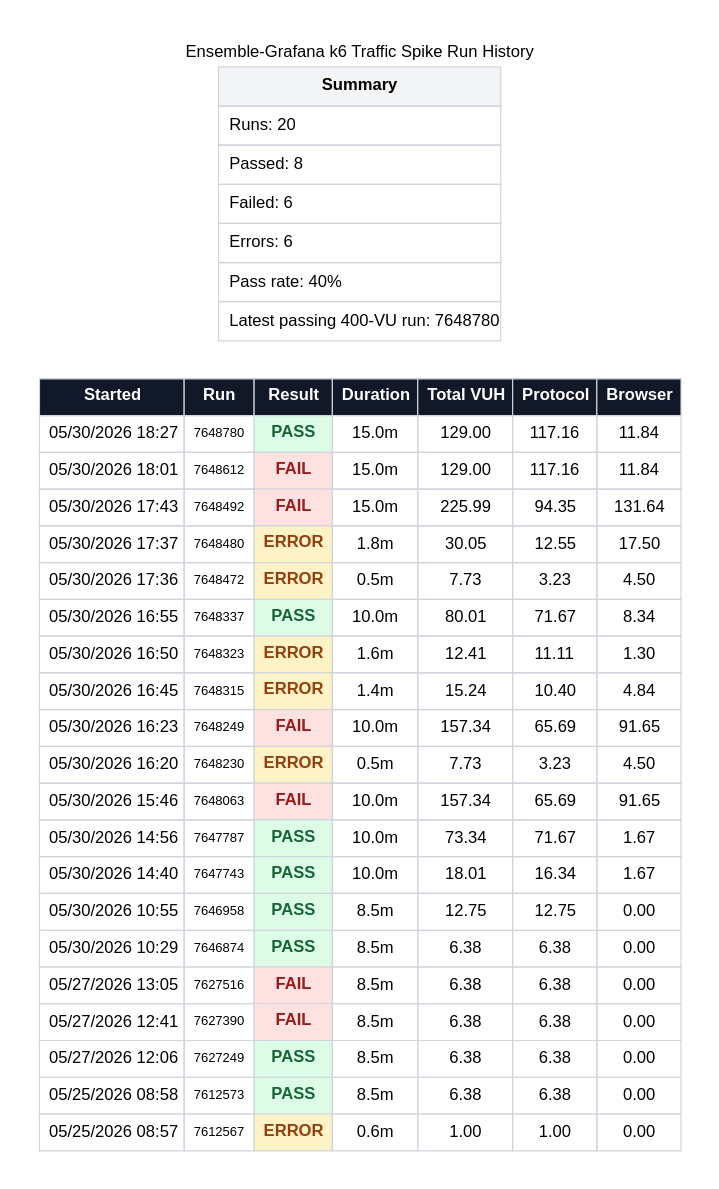
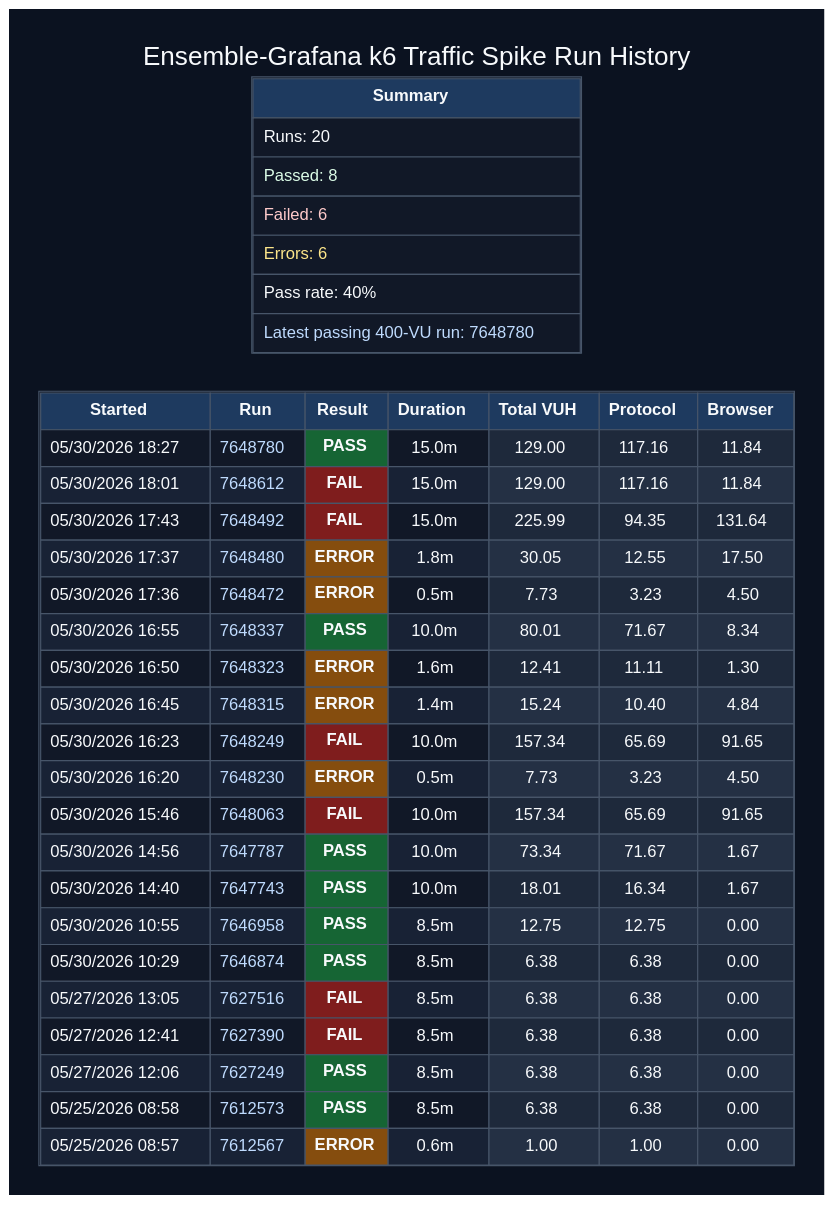
One commit to orenlion1/ensemble-retail changed the diagram in docs/graphviz/load-run-table.dot. Above: the diagram before and after it, drawn with Graphviz. The commit also changed 3 other files, not shown here.

Commit message:
Darken load run Graphviz table

```diff
--- a/docs/graphviz/load-run-table.dot
+++ b/docs/graphviz/load-run-table.dot
@@ -1,211 +1,214 @@
 digraph load_run_table {
   graph [
     rankdir=TB,
-    bgcolor="#ffffff",
+    bgcolor="#0b1220",
+    fontcolor="#f8fafc",
     pad="0.35",
     nodesep="0.35",
     ranksep="0.45",
-    fontname="Arial",
+    fontname="Helvetica",
+    fontsize=22,
     labelloc="t",
     label="Ensemble-Grafana k6 Traffic Spike Run History"
   ];
 
   node [
     shape=plain,
-    fontname="Arial"
+    fontname="Helvetica",
+    fontcolor="#f8fafc"
   ];
 
   runs [
     label=<
-      <TABLE BORDER="0" CELLBORDER="1" CELLSPACING="0" CELLPADDING="7" COLOR="#d1d5db">
+      <TABLE BORDER="1" CELLBORDER="1" CELLSPACING="0" CELLPADDING="7" COLOR="#475569">
         <TR>
-          <TD BGCOLOR="#111827"><FONT COLOR="#ffffff"><B>Started</B></FONT></TD>
-          <TD BGCOLOR="#111827"><FONT COLOR="#ffffff"><B>Run</B></FONT></TD>
-          <TD BGCOLOR="#111827"><FONT COLOR="#ffffff"><B>Result</B></FONT></TD>
-          <TD BGCOLOR="#111827"><FONT COLOR="#ffffff"><B>Duration</B></FONT></TD>
-          <TD BGCOLOR="#111827"><FONT COLOR="#ffffff"><B>Total VUH</B></FONT></TD>
-          <TD BGCOLOR="#111827"><FONT COLOR="#ffffff"><B>Protocol</B></FONT></TD>
-          <TD BGCOLOR="#111827"><FONT COLOR="#ffffff"><B>Browser</B></FONT></TD>
+          <TD BGCOLOR="#1e3a5f"><FONT COLOR="#f8fafc"><B>Started</B></FONT></TD>
+          <TD BGCOLOR="#1e3a5f"><FONT COLOR="#f8fafc"><B>Run</B></FONT></TD>
+          <TD BGCOLOR="#1e3a5f"><FONT COLOR="#f8fafc"><B>Result</B></FONT></TD>
+          <TD BGCOLOR="#1e3a5f"><FONT COLOR="#f8fafc"><B>Duration</B></FONT></TD>
+          <TD BGCOLOR="#1e3a5f"><FONT COLOR="#f8fafc"><B>Total VUH</B></FONT></TD>
+          <TD BGCOLOR="#1e3a5f"><FONT COLOR="#f8fafc"><B>Protocol</B></FONT></TD>
+          <TD BGCOLOR="#1e3a5f"><FONT COLOR="#f8fafc"><B>Browser</B></FONT></TD>
         </TR>
         <TR>
-          <TD>05/30/2026 18:27</TD>
-          <TD><FONT POINT-SIZE="11">7648780</FONT></TD>
-          <TD BGCOLOR="#dcfce7"><FONT COLOR="#166534"><B>PASS</B></FONT></TD>
-          <TD>15.0m</TD>
-          <TD>129.00</TD>
-          <TD>117.16</TD>
-          <TD>11.84</TD>
+          <TD BGCOLOR="#111827"><FONT COLOR="#f8fafc">05/30/2026 18:27</FONT></TD>
+          <TD BGCOLOR="#111827"><FONT COLOR="#bfdbfe">7648780</FONT></TD>
+          <TD BGCOLOR="#166534"><FONT COLOR="#f8fafc"><B>PASS</B></FONT></TD>
+          <TD BGCOLOR="#111827"><FONT COLOR="#f8fafc">15.0m</FONT></TD>
+          <TD BGCOLOR="#1e293b"><FONT COLOR="#f8fafc">129.00</FONT></TD>
+          <TD BGCOLOR="#1e293b"><FONT COLOR="#f8fafc">117.16</FONT></TD>
+          <TD BGCOLOR="#1e293b"><FONT COLOR="#f8fafc">11.84</FONT></TD>
         </TR>
         <TR>
-          <TD>05/30/2026 18:01</TD>
-          <TD><FONT POINT-SIZE="11">7648612</FONT></TD>
-          <TD BGCOLOR="#fee2e2"><FONT COLOR="#991b1b"><B>FAIL</B></FONT></TD>
-          <TD>15.0m</TD>
-          <TD>129.00</TD>
-          <TD>117.16</TD>
-          <TD>11.84</TD>
+          <TD BGCOLOR="#182235"><FONT COLOR="#f8fafc">05/30/2026 18:01</FONT></TD>
+          <TD BGCOLOR="#182235"><FONT COLOR="#bfdbfe">7648612</FONT></TD>
+          <TD BGCOLOR="#7f1d1d"><FONT COLOR="#f8fafc"><B>FAIL</B></FONT></TD>
+          <TD BGCOLOR="#182235"><FONT COLOR="#f8fafc">15.0m</FONT></TD>
+          <TD BGCOLOR="#243044"><FONT COLOR="#f8fafc">129.00</FONT></TD>
+          <TD BGCOLOR="#243044"><FONT COLOR="#f8fafc">117.16</FONT></TD>
+          <TD BGCOLOR="#243044"><FONT COLOR="#f8fafc">11.84</FONT></TD>
         </TR>
         <TR>
-          <TD>05/30/2026 17:43</TD>
-          <TD><FONT POINT-SIZE="11">7648492</FONT></TD>
-          <TD BGCOLOR="#fee2e2"><FONT COLOR="#991b1b"><B>FAIL</B></FONT></TD>
-          <TD>15.0m</TD>
-          <TD>225.99</TD>
-          <TD>94.35</TD>
-          <TD>131.64</TD>
+          <TD BGCOLOR="#111827"><FONT COLOR="#f8fafc">05/30/2026 17:43</FONT></TD>
+          <TD BGCOLOR="#111827"><FONT COLOR="#bfdbfe">7648492</FONT></TD>
+          <TD BGCOLOR="#7f1d1d"><FONT COLOR="#f8fafc"><B>FAIL</B></FONT></TD>
+          <TD BGCOLOR="#111827"><FONT COLOR="#f8fafc">15.0m</FONT></TD>
+          <TD BGCOLOR="#1e293b"><FONT COLOR="#f8fafc">225.99</FONT></TD>
+          <TD BGCOLOR="#1e293b"><FONT COLOR="#f8fafc">94.35</FONT></TD>
+          <TD BGCOLOR="#1e293b"><FONT COLOR="#f8fafc">131.64</FONT></TD>
         </TR>
         <TR>
-          <TD>05/30/2026 17:37</TD>
-          <TD><FONT POINT-SIZE="11">7648480</FONT></TD>
-          <TD BGCOLOR="#fef3c7"><FONT COLOR="#92400e"><B>ERROR</B></FONT></TD>
-          <TD>1.8m</TD>
-          <TD>30.05</TD>
-          <TD>12.55</TD>
-          <TD>17.50</TD>
+          <TD BGCOLOR="#182235"><FONT COLOR="#f8fafc">05/30/2026 17:37</FONT></TD>
+          <TD BGCOLOR="#182235"><FONT COLOR="#bfdbfe">7648480</FONT></TD>
+          <TD BGCOLOR="#854d0e"><FONT COLOR="#f8fafc"><B>ERROR</B></FONT></TD>
+          <TD BGCOLOR="#182235"><FONT COLOR="#f8fafc">1.8m</FONT></TD>
+          <TD BGCOLOR="#243044"><FONT COLOR="#f8fafc">30.05</FONT></TD>
+          <TD BGCOLOR="#243044"><FONT COLOR="#f8fafc">12.55</FONT></TD>
+          <TD BGCOLOR="#243044"><FONT COLOR="#f8fafc">17.50</FONT></TD>
         </TR>
         <TR>
-          <TD>05/30/2026 17:36</TD>
-          <TD><FONT POINT-SIZE="11">7648472</FONT></TD>
-          <TD BGCOLOR="#fef3c7"><FONT COLOR="#92400e"><B>ERROR</B></FONT></TD>
-          <TD>0.5m</TD>
-          <TD>7.73</TD>
-          <TD>3.23</TD>
-          <TD>4.50</TD>
+          <TD BGCOLOR="#111827"><FONT COLOR="#f8fafc">05/30/2026 17:36</FONT></TD>
+          <TD BGCOLOR="#111827"><FONT COLOR="#bfdbfe">7648472</FONT></TD>
+          <TD BGCOLOR="#854d0e"><FONT COLOR="#f8fafc"><B>ERROR</B></FONT></TD>
+          <TD BGCOLOR="#111827"><FONT COLOR="#f8fafc">0.5m</FONT></TD>
+          <TD BGCOLOR="#1e293b"><FONT COLOR="#f8fafc">7.73</FONT></TD>
+          <TD BGCOLOR="#1e293b"><FONT COLOR="#f8fafc">3.23</FONT></TD>
+          <TD BGCOLOR="#1e293b"><FONT COLOR="#f8fafc">4.50</FONT></TD>
         </TR>
         <TR>
-          <TD>05/30/2026 16:55</TD>
-          <TD><FONT POINT-SIZE="11">7648337</FONT></TD>
-          <TD BGCOLOR="#dcfce7"><FONT COLOR="#166534"><B>PASS</B></FONT></TD>
-          <TD>10.0m</TD>
-          <TD>80.01</TD>
-          <TD>71.67</TD>
-          <TD>8.34</TD>
+          <TD BGCOLOR="#182235"><FONT COLOR="#f8fafc">05/30/2026 16:55</FONT></TD>
+          <TD BGCOLOR="#182235"><FONT COLOR="#bfdbfe">7648337</FONT></TD>
+          <TD BGCOLOR="#166534"><FONT COLOR="#f8fafc"><B>PASS</B></FONT></TD>
+          <TD BGCOLOR="#182235"><FONT COLOR="#f8fafc">10.0m</FONT></TD>
+          <TD BGCOLOR="#243044"><FONT COLOR="#f8fafc">80.01</FONT></TD>
+          <TD BGCOLOR="#243044"><FONT COLOR="#f8fafc">71.67</FONT></TD>
+          <TD BGCOLOR="#243044"><FONT COLOR="#f8fafc">8.34</FONT></TD>
         </TR>
         <TR>
-          <TD>05/30/2026 16:50</TD>
-          <TD><FONT POINT-SIZE="11">7648323</FONT></TD>
-          <TD BGCOLOR="#fef3c7"><FONT COLOR="#92400e"><B>ERROR</B></FONT></TD>
-          <TD>1.6m</TD>
-          <TD>12.41</TD>
-          <TD>11.11</TD>
-          <TD>1.30</TD>
+          <TD BGCOLOR="#111827"><FONT COLOR="#f8fafc">05/30/2026 16:50</FONT></TD>
+          <TD BGCOLOR="#111827"><FONT COLOR="#bfdbfe">7648323</FONT></TD>
+          <TD BGCOLOR="#854d0e"><FONT COLOR="#f8fafc"><B>ERROR</B></FONT></TD>
+          <TD BGCOLOR="#111827"><FONT COLOR="#f8fafc">1.6m</FONT></TD>
+          <TD BGCOLOR="#1e293b"><FONT COLOR="#f8fafc">12.41</FONT></TD>
+          <TD BGCOLOR="#1e293b"><FONT COLOR="#f8fafc">11.11</FONT></TD>
+          <TD BGCOLOR="#1e293b"><FONT COLOR="#f8fafc">1.30</FONT></TD>
         </TR>
         <TR>
-          <TD>05/30/2026 16:45</TD>
-          <TD><FONT POINT-SIZE="11">7648315</FONT></TD>
-          <TD BGCOLOR="#fef3c7"><FONT COLOR="#92400e"><B>ERROR</B></FONT></TD>
-          <TD>1.4m</TD>
-          <TD>15.24</TD>
-          <TD>10.40</TD>
-          <TD>4.84</TD>
+          <TD BGCOLOR="#182235"><FONT COLOR="#f8fafc">05/30/2026 16:45</FONT></TD>
+          <TD BGCOLOR="#182235"><FONT COLOR="#bfdbfe">7648315</FONT></TD>
+          <TD BGCOLOR="#854d0e"><FONT COLOR="#f8fafc"><B>ERROR</B></FONT></TD>
+          <TD BGCOLOR="#182235"><FONT COLOR="#f8fafc">1.4m</FONT></TD>
+          <TD BGCOLOR="#243044"><FONT COLOR="#f8fafc">15.24</FONT></TD>
+          <TD BGCOLOR="#243044"><FONT COLOR="#f8fafc">10.40</FONT></TD>
+          <TD BGCOLOR="#243044"><FONT COLOR="#f8fafc">4.84</FONT></TD>
         </TR>
         <TR>
-          <TD>05/30/2026 16:23</TD>
-          <TD><FONT POINT-SIZE="11">7648249</FONT></TD>
-          <TD BGCOLOR="#fee2e2"><FONT COLOR="#991b1b"><B>FAIL</B></FONT></TD>
-          <TD>10.0m</TD>
-          <TD>157.34</TD>
-          <TD>65.69</TD>
-          <TD>91.65</TD>
+          <TD BGCOLOR="#111827"><FONT COLOR="#f8fafc">05/30/2026 16:23</FONT></TD>
+          <TD BGCOLOR="#111827"><FONT COLOR="#bfdbfe">7648249</FONT></TD>
+          <TD BGCOLOR="#7f1d1d"><FONT COLOR="#f8fafc"><B>FAIL</B></FONT></TD>
+          <TD BGCOLOR="#111827"><FONT COLOR="#f8fafc">10.0m</FONT></TD>
+          <TD BGCOLOR="#1e293b"><FONT COLOR="#f8fafc">157.34</FONT></TD>
+          <TD BGCOLOR="#1e293b"><FONT COLOR="#f8fafc">65.69</FONT></TD>
+          <TD BGCOLOR="#1e293b"><FONT COLOR="#f8fafc">91.65</FONT></TD>
         </TR>
         <TR>
-          <TD>05/30/2026 16:20</TD>
-          <TD><FONT POINT-SIZE="11">7648230</FONT></TD>
-          <TD BGCOLOR="#fef3c7"><FONT COLOR="#92400e"><B>ERROR</B></FONT></TD>
-          <TD>0.5m</TD>
-          <TD>7.73</TD>
-          <TD>3.23</TD>
-          <TD>4.50</TD>
+          <TD BGCOLOR="#182235"><FONT COLOR="#f8fafc">05/30/2026 16:20</FONT></TD>
+          <TD BGCOLOR="#182235"><FONT COLOR="#bfdbfe">7648230</FONT></TD>
+          <TD BGCOLOR="#854d0e"><FONT COLOR="#f8fafc"><B>ERROR</B></FONT></TD>
+          <TD BGCOLOR="#182235"><FONT COLOR="#f8fafc">0.5m</FONT></TD>
+          <TD BGCOLOR="#243044"><FONT COLOR="#f8fafc">7.73</FONT></TD>
+          <TD BGCOLOR="#243044"><FONT COLOR="#f8fafc">3.23</FONT></TD>
+          <TD BGCOLOR="#243044"><FONT COLOR="#f8fafc">4.50</FONT></TD>
         </TR>
         <TR>
-          <TD>05/30/2026 15:46</TD>
-          <TD><FONT POINT-SIZE="11">7648063</FONT></TD>
-          <TD BGCOLOR="#fee2e2"><FONT COLOR="#991b1b"><B>FAIL</B></FONT></TD>
-          <TD>10.0m</TD>
-          <TD>157.34</TD>
-          <TD>65.69</TD>
-          <TD>91.65</TD>
+          <TD BGCOLOR="#111827"><FONT COLOR="#f8fafc">05/30/2026 15:46</FONT></TD>
+          <TD BGCOLOR="#111827"><FONT COLOR="#bfdbfe">7648063</FONT></TD>
+          <TD BGCOLOR="#7f1d1d"><FONT COLOR="#f8fafc"><B>FAIL</B></FONT></TD>
+          <TD BGCOLOR="#111827"><FONT COLOR="#f8fafc">10.0m</FONT></TD>
+          <TD BGCOLOR="#1e293b"><FONT COLOR="#f8fafc">157.34</FONT></TD>
+          <TD BGCOLOR="#1e293b"><FONT COLOR="#f8fafc">65.69</FONT></TD>
+          <TD BGCOLOR="#1e293b"><FONT COLOR="#f8fafc">91.65</FONT></TD>
         </TR>
         <TR>
-          <TD>05/30/2026 14:56</TD>
-          <TD><FONT POINT-SIZE="11">7647787</FONT></TD>
-          <TD BGCOLOR="#dcfce7"><FONT COLOR="#166534"><B>PASS</B></FONT></TD>
-          <TD>10.0m</TD>
-          <TD>73.34</TD>
-          <TD>71.67</TD>
-          <TD>1.67</TD>
+          <TD BGCOLOR="#182235"><FONT COLOR="#f8fafc">05/30/2026 14:56</FONT></TD>
+          <TD BGCOLOR="#182235"><FONT COLOR="#bfdbfe">7647787</FONT></TD>
+          <TD BGCOLOR="#166534"><FONT COLOR="#f8fafc"><B>PASS</B></FONT></TD>
+          <TD BGCOLOR="#182235"><FONT COLOR="#f8fafc">10.0m</FONT></TD>
+          <TD BGCOLOR="#243044"><FONT COLOR="#f8fafc">73.34</FONT></TD>
+          <TD BGCOLOR="#243044"><FONT COLOR="#f8fafc">71.67</FONT></TD>
+          <TD BGCOLOR="#243044"><FONT COLOR="#f8fafc">1.67</FONT></TD>
         </TR>
         <TR>
-          <TD>05/30/2026 14:40</TD>
-          <TD><FONT POINT-SIZE="11">7647743</FONT></TD>
-          <TD BGCOLOR="#dcfce7"><FONT COLOR="#166534"><B>PASS</B></FONT></TD>
-          <TD>10.0m</TD>
-          <TD>18.01</TD>
-          <TD>16.34</TD>
-          <TD>1.67</TD>
+          <TD BGCOLOR="#111827"><FONT COLOR="#f8fafc">05/30/2026 14:40</FONT></TD>
+          <TD BGCOLOR="#111827"><FONT COLOR="#bfdbfe">7647743</FONT></TD>
+          <TD BGCOLOR="#166534"><FONT COLOR="#f8fafc"><B>PASS</B></FONT></TD>
+          <TD BGCOLOR="#111827"><FONT COLOR="#f8fafc">10.0m</FONT></TD>
+          <TD BGCOLOR="#1e293b"><FONT COLOR="#f8fafc">18.01</FONT></TD>
+          <TD BGCOLOR="#1e293b"><FONT COLOR="#f8fafc">16.34</FONT></TD>
+          <TD BGCOLOR="#1e293b"><FONT COLOR="#f8fafc">1.67</FONT></TD>
         </TR>
         <TR>
-          <TD>05/30/2026 10:55</TD>
-          <TD><FONT POINT-SIZE="11">7646958</FONT></TD>
-          <TD BGCOLOR="#dcfce7"><FONT COLOR="#166534"><B>PASS</B></FONT></TD>
-          <TD>8.5m</TD>
-          <TD>12.75</TD>
-          <TD>12.75</TD>
-          <TD>0.00</TD>
+          <TD BGCOLOR="#182235"><FONT COLOR="#f8fafc">05/30/2026 10:55</FONT></TD>
+          <TD BGCOLOR="#182235"><FONT COLOR="#bfdbfe">7646958</FONT></TD>
+          <TD BGCOLOR="#166534"><FONT COLOR="#f8fafc"><B>PASS</B></FONT></TD>
+          <TD BGCOLOR="#182235"><FONT COLOR="#f8fafc">8.5m</FONT></TD>
+          <TD BGCOLOR="#243044"><FONT COLOR="#f8fafc">12.75</FONT></TD>
+          <TD BGCOLOR="#243044"><FONT COLOR="#f8fafc">12.75</FONT></TD>
+          <TD BGCOLOR="#243044"><FONT COLOR="#f8fafc">0.00</FONT></TD>
         </TR>
         <TR>
-          <TD>05/30/2026 10:29</TD>
-          <TD><FONT POINT-SIZE="11">7646874</FONT></TD>
-          <TD BGCOLOR="#dcfce7"><FONT COLOR="#166534"><B>PASS</B></FONT></TD>
-          <TD>8.5m</TD>
-          <TD>6.38</TD>
-          <TD>6.38</TD>
-          <TD>0.00</TD>
+          <TD BGCOLOR="#111827"><FONT COLOR="#f8fafc">05/30/2026 10:29</FONT></TD>
+          <TD BGCOLOR="#111827"><FONT COLOR="#bfdbfe">7646874</FONT></TD>
+          <TD BGCOLOR="#166534"><FONT COLOR="#f8fafc"><B>PASS</B></FONT></TD>
+          <TD BGCOLOR="#111827"><FONT COLOR="#f8fafc">8.5m</FONT></TD>
+          <TD BGCOLOR="#1e293b"><FONT COLOR="#f8fafc">6.38</FONT></TD>
+          <TD BGCOLOR="#1e293b"><FONT COLOR="#f8fafc">6.38</FONT></TD>
+          <TD BGCOLOR="#1e293b"><FONT COLOR="#f8fafc">0.00</FONT></TD>
         </TR>
         <TR>
-          <TD>05/27/2026 13:05</TD>
-          <TD><FONT POINT-SIZE="11">7627516</FONT></TD>
-          <TD BGCOLOR="#fee2e2"><FONT COLOR="#991b1b"><B>FAIL</B></FONT></TD>
-          <TD>8.5m</TD>
-          <TD>6.38</TD>
-          <TD>6.38</TD>
-          <TD>0.00</TD>
+          <TD BGCOLOR="#182235"><FONT COLOR="#f8fafc">05/27/2026 13:05</FONT></TD>
+          <TD BGCOLOR="#182235"><FONT COLOR="#bfdbfe">7627516</FONT></TD>
+          <TD BGCOLOR="#7f1d1d"><FONT COLOR="#f8fafc"><B>FAIL</B></FONT></TD>
+          <TD BGCOLOR="#182235"><FONT COLOR="#f8fafc">8.5m</FONT></TD>
+          <TD BGCOLOR="#243044"><FONT COLOR="#f8fafc">6.38</FONT></TD>
+          <TD BGCOLOR="#243044"><FONT COLOR="#f8fafc">6.38</FONT></TD>
+          <TD BGCOLOR="#243044"><FONT COLOR="#f8fafc">0.00</FONT></TD>
         </TR>
         <TR>
-          <TD>05/27/2026 12:41</TD>
-          <TD><FONT POINT-SIZE="11">7627390</FONT></TD>
-          <TD BGCOLOR="#fee2e2"><FONT COLOR="#991b1b"><B>FAIL</B></FONT></TD>
-          <TD>8.5m</TD>
-          <TD>6.38</TD>
-          <TD>6.38</TD>
-          <TD>0.00</TD>
+          <TD BGCOLOR="#111827"><FONT COLOR="#f8fafc">05/27/2026 12:41</FONT></TD>
+          <TD BGCOLOR="#111827"><FONT COLOR="#bfdbfe">7627390</FONT></TD>
+          <TD BGCOLOR="#7f1d1d"><FONT COLOR="#f8fafc"><B>FAIL</B></FONT></TD>
+          <TD BGCOLOR="#111827"><FONT COLOR="#f8fafc">8.5m</FONT></TD>
+          <TD BGCOLOR="#1e293b"><FONT COLOR="#f8fafc">6.38</FONT></TD>
+          <TD BGCOLOR="#1e293b"><FONT COLOR="#f8fafc">6.38</FONT></TD>
+          <TD BGCOLOR="#1e293b"><FONT COLOR="#f8fafc">0.00</FONT></TD>
         </TR>
         <TR>
-          <TD>05/27/2026 12:06</TD>
-          <TD><FONT POINT-SIZE="11">7627249</FONT></TD>
-          <TD BGCOLOR="#dcfce7"><FONT COLOR="#166534"><B>PASS</B></FONT></TD>
-          <TD>8.5m</TD>
-          <TD>6.38</TD>
-          <TD>6.38</TD>
-          <TD>0.00</TD>
+          <TD BGCOLOR="#182235"><FONT COLOR="#f8fafc">05/27/2026 12:06</FONT></TD>
+          <TD BGCOLOR="#182235"><FONT COLOR="#bfdbfe">7627249</FONT></TD>
+          <TD BGCOLOR="#166534"><FONT COLOR="#f8fafc"><B>PASS</B></FONT></TD>
+          <TD BGCOLOR="#182235"><FONT COLOR="#f8fafc">8.5m</FONT></TD>
+          <TD BGCOLOR="#243044"><FONT COLOR="#f8fafc">6.38</FONT></TD>
+          <TD BGCOLOR="#243044"><FONT COLOR="#f8fafc">6.38</FONT></TD>
+          <TD BGCOLOR="#243044"><FONT COLOR="#f8fafc">0.00</FONT></TD>
         </TR>
         <TR>
-          <TD>05/25/2026 08:58</TD>
-          <TD><FONT POINT-SIZE="11">7612573</FONT></TD>
-          <TD BGCOLOR="#dcfce7"><FONT COLOR="#166534"><B>PASS</B></FONT></TD>
-          <TD>8.5m</TD>
-          <TD>6.38</TD>
-          <TD>6.38</TD>
-          <TD>0.00</TD>
+          <TD BGCOLOR="#111827"><FONT COLOR="#f8fafc">05/25/2026 08:58</FONT></TD>
+          <TD BGCOLOR="#111827"><FONT COLOR="#bfdbfe">7612573</FONT></TD>
+          <TD BGCOLOR="#166534"><FONT COLOR="#f8fafc"><B>PASS</B></FONT></TD>
+          <TD BGCOLOR="#111827"><FONT COLOR="#f8fafc">8.5m</FONT></TD>
+          <TD BGCOLOR="#1e293b"><FONT COLOR="#f8fafc">6.38</FONT></TD>
+          <TD BGCOLOR="#1e293b"><FONT COLOR="#f8fafc">6.38</FONT></TD>
+          <TD BGCOLOR="#1e293b"><FONT COLOR="#f8fafc">0.00</FONT></TD>
         </TR>
         <TR>
-          <TD>05/25/2026 08:57</TD>
-          <TD><FONT POINT-SIZE="11">7612567</FONT></TD>
-          <TD BGCOLOR="#fef3c7"><FONT COLOR="#92400e"><B>ERROR</B></FONT></TD>
-          <TD>0.6m</TD>
-          <TD>1.00</TD>
-          <TD>1.00</TD>
-          <TD>0.00</TD>
+          <TD BGCOLOR="#182235"><FONT COLOR="#f8fafc">05/25/2026 08:57</FONT></TD>
+          <TD BGCOLOR="#182235"><FONT COLOR="#bfdbfe">7612567</FONT></TD>
+          <TD BGCOLOR="#854d0e"><FONT COLOR="#f8fafc"><B>ERROR</B></FONT></TD>
+          <TD BGCOLOR="#182235"><FONT COLOR="#f8fafc">0.6m</FONT></TD>
+          <TD BGCOLOR="#243044"><FONT COLOR="#f8fafc">1.00</FONT></TD>
+          <TD BGCOLOR="#243044"><FONT COLOR="#f8fafc">1.00</FONT></TD>
+          <TD BGCOLOR="#243044"><FONT COLOR="#f8fafc">0.00</FONT></TD>
         </TR>
       </TABLE>
     >
@@ -213,14 +216,14 @@
 
   summary [
     label=<
-      <TABLE BORDER="0" CELLBORDER="1" CELLSPACING="0" CELLPADDING="8" COLOR="#d1d5db">
-        <TR><TD BGCOLOR="#f3f4f6"><B>Summary</B></TD></TR>
-        <TR><TD ALIGN="LEFT">Runs: 20</TD></TR>
-        <TR><TD ALIGN="LEFT">Passed: 8</TD></TR>
-        <TR><TD ALIGN="LEFT">Failed: 6</TD></TR>
-        <TR><TD ALIGN="LEFT">Errors: 6</TD></TR>
-        <TR><TD ALIGN="LEFT">Pass rate: 40%</TD></TR>
-        <TR><TD ALIGN="LEFT">Latest passing 400-VU run: 7648780</TD></TR>
+      <TABLE BORDER="1" CELLBORDER="1" CELLSPACING="0" CELLPADDING="8" COLOR="#475569">
+        <TR><TD BGCOLOR="#1e3a5f"><FONT COLOR="#f8fafc"><B>Summary</B></FONT></TD></TR>
+        <TR><TD BGCOLOR="#111827" ALIGN="LEFT"><FONT COLOR="#f8fafc">Runs: 20</FONT></TD></TR>
+        <TR><TD BGCOLOR="#111827" ALIGN="LEFT"><FONT COLOR="#dcfce7">Passed: 8</FONT></TD></TR>
+        <TR><TD BGCOLOR="#111827" ALIGN="LEFT"><FONT COLOR="#fecaca">Failed: 6</FONT></TD></TR>
+        <TR><TD BGCOLOR="#111827" ALIGN="LEFT"><FONT COLOR="#fde68a">Errors: 6</FONT></TD></TR>
+        <TR><TD BGCOLOR="#111827" ALIGN="LEFT"><FONT COLOR="#f8fafc">Pass rate: 40%</FONT></TD></TR>
+        <TR><TD BGCOLOR="#111827" ALIGN="LEFT"><FONT COLOR="#bfdbfe">Latest passing 400-VU run: 7648780</FONT></TD></TR>
       </TABLE>
     >
   ];
```
